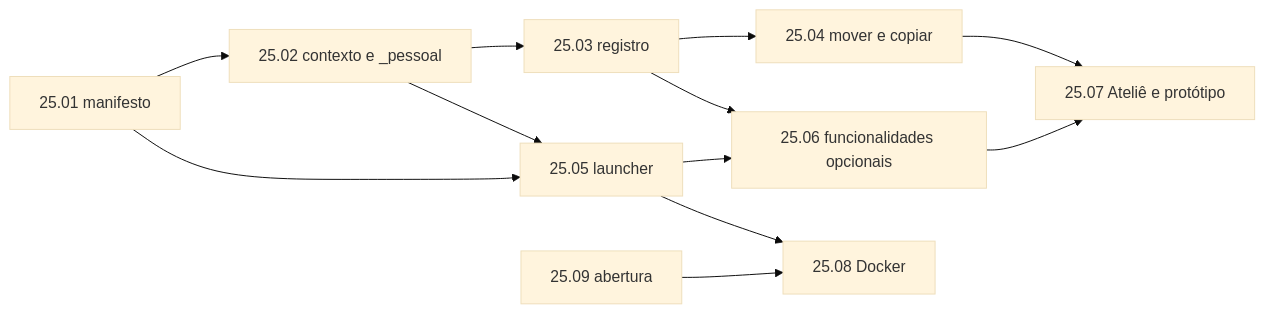
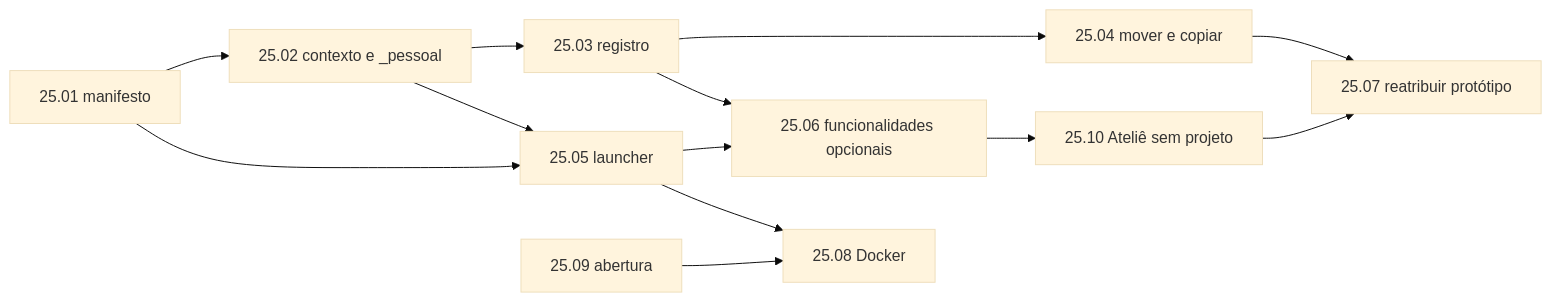
The diagram in docs/harness-evolution/02-epics/EP-25-escopos-artefatos-distribuicao/README.md (matheussanabria/harnness-leca), drawn with Mermaid (base theme) before and after one commit. The commit also changed other lines of this file and 9 other files, not shown here.

````diff
--- a/docs/harness-evolution/02-epics/EP-25-escopos-artefatos-distribuicao/README.md
+++ b/docs/harness-evolution/02-epics/EP-25-escopos-artefatos-distribuicao/README.md
@@ -51,14 +52,15 @@
 ```mermaid
 flowchart LR
   A[25.01 manifesto] --> B[25.02 contexto e _pessoal]
   B --> C[25.03 registro]
   C --> D[25.04 mover e copiar]
   A --> E[25.05 launcher]
   B --> E
   C --> F[25.06 funcionalidades opcionais]
   E --> F
-  D --> G[25.07 Ateliê e protótipo]
-  F --> G
+  D --> G[25.07 reatribuir protótipo]
+  F --> J[25.10 Ateliê sem projeto]
+  J --> G
   E --> H[25.08 Docker]
   I[25.09 abertura] --> H
 ```
````
